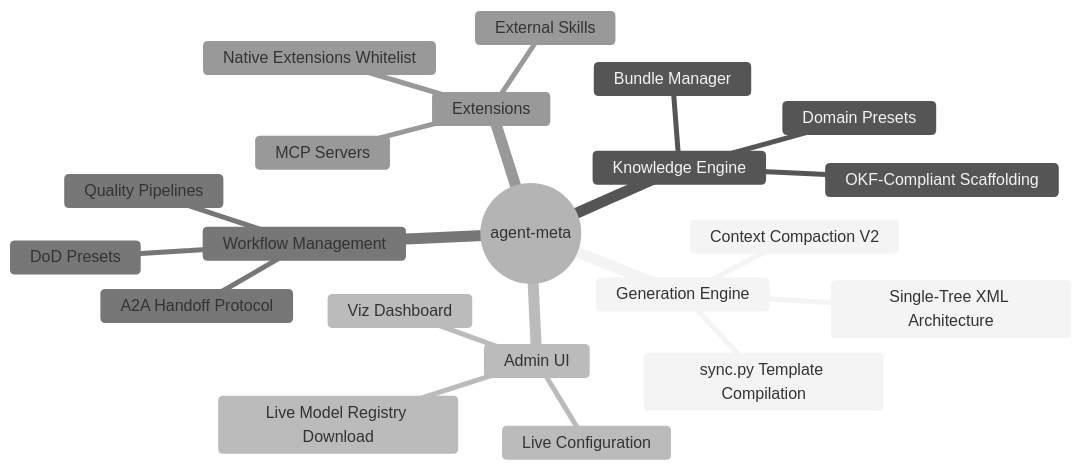
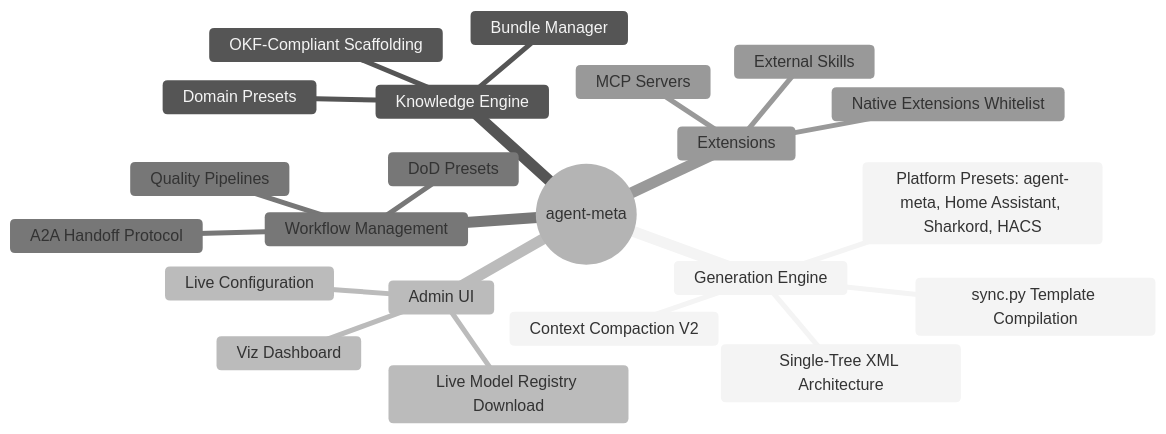
One commit to Popoboxxo/agent-meta changed the second of 2 diagrams in README.md. Above: the diagram before and after it, drawn with Mermaid (neutral theme). The commit also changed other lines of this file, not shown here.

Commit message:
docs(readme): document HACS platform preset and fix agent count

````diff
--- a/README.md
+++ b/README.md
@@ -94,24 +94,25 @@
 ```mermaid
 mindmap
   root((agent-meta))
     Generation Engine
       sync.py Template Compilation
       Context Compaction V2
       Single-Tree XML Architecture
+      Platform Presets: agent-meta, Home Assistant, Sharkord, HACS
     Knowledge Engine
       OKF-Compliant Scaffolding
       Domain Presets
       Bundle Manager
     Admin UI
       Live Configuration
       Live Model Registry Download
       Viz Dashboard
     Workflow Management
       A2A Handoff Protocol
       DoD Presets
       Quality Pipelines
     Extensions
       Native Extensions Whitelist
       MCP Servers
       External Skills
 ```
````
